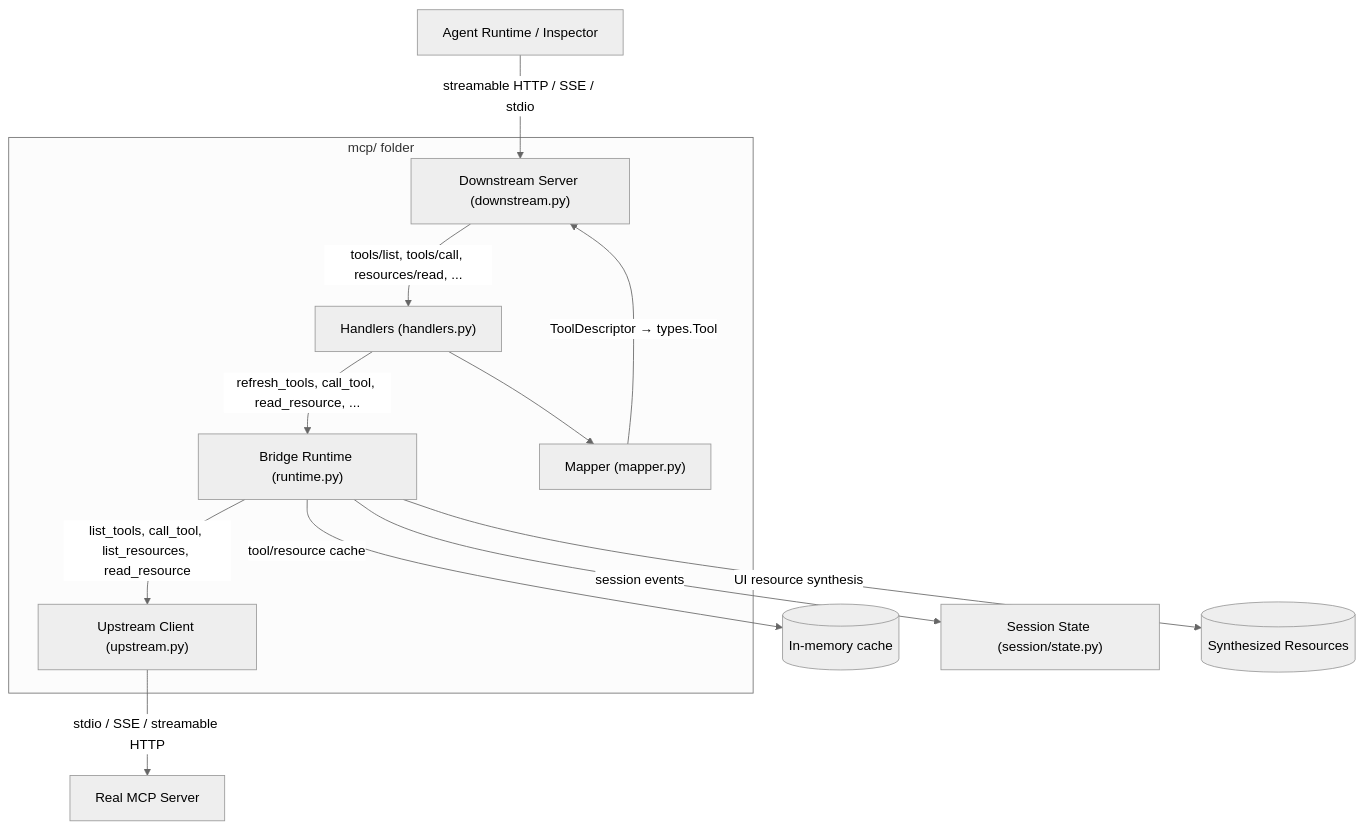
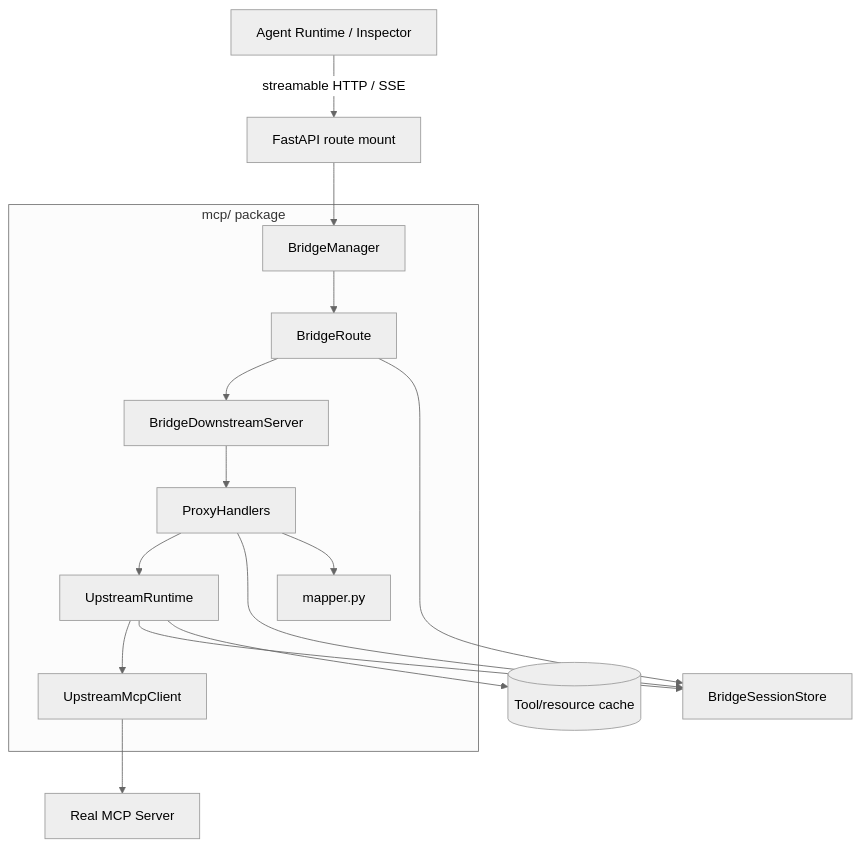
Before and after one commit to JilongSun/mcpapps-bridge: the first of 2 diagrams in docs/architecture/mcp-layer.md, drawn with Mermaid (neutral theme). The commit also changed other lines of this file and 15 other files, not shown here.

````diff
--- a/docs/architecture/mcp-layer.md
+++ b/docs/architecture/mcp-layer.md
@@ -7,22 +7,27 @@
 ```mermaid
 flowchart TD
-    Agent["Agent Runtime / Inspector"] --> |"streamable HTTP / SSE / stdio"| DS["Downstream Server (downstream.py)"]
-    DS --> |"tools/list, tools/call, resources/read, ..."| HL["Handlers (handlers.py)"]
-    HL --> |"refresh_tools, call_tool, read_resource, ..."| RT["Bridge Runtime (runtime.py)"]
-    RT --> |"list_tools, call_tool, list_resources, read_resource"| UP["Upstream Client (upstream.py)"]
-    UP --> |"stdio / SSE / streamable HTTP"| Real["Real MCP Server"]
+    Client["Agent Runtime / Inspector"] --> |"streamable HTTP / SSE"| API["FastAPI route mount"]
+    API --> Manager["BridgeManager"]
+    Manager --> Route["BridgeRoute"]
+    Route --> Downstream["BridgeDownstreamServer"]
+    Downstream --> Handlers["ProxyHandlers"]
+    Handlers --> Runtime["UpstreamRuntime"]
+    Runtime --> Upstream["UpstreamMcpClient"]
+    Upstream --> Real["Real MCP Server"]
 
-    RT --> |"tool/resource cache"| Cache[("In-memory cache")]
-    RT --> |"session events"| SS["Session State (session/state.py)"]
-    RT --> |"UI resource synthesis"| Synth[("Synthesized Resources")]
-    HL --> MP["Mapper (mapper.py)"]
-    MP --> |"ToolDescriptor → types.Tool"| DS
+    Route --> Store["BridgeSessionStore"]
+    Runtime --> Store
+    Handlers --> Store
+    Runtime --> Cache[("Tool/resource cache")]
+    Handlers --> Mapper["mapper.py"]
 
-    subgraph "mcp/ folder"
-        DS
-        HL
-        RT
-        UP
-        MP
+    subgraph "mcp/ package"
+        Manager
+        Route
+        Downstream
+        Handlers
+        Runtime
+        Upstream
+        Mapper
     end
 ```
````
